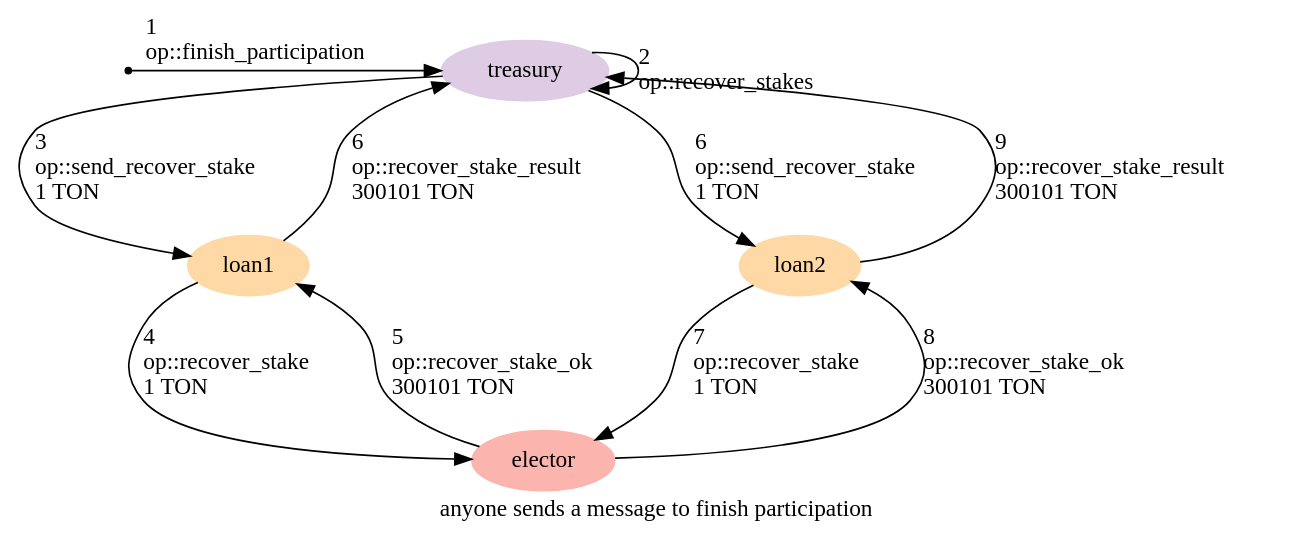
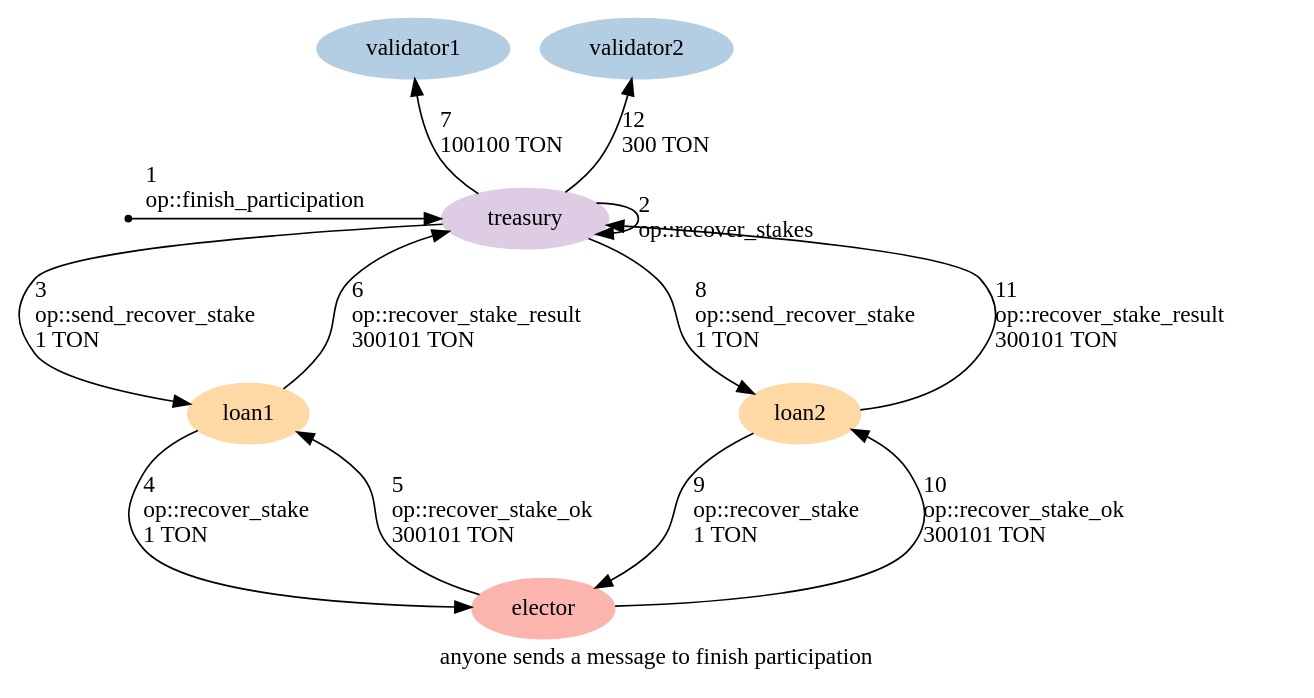
Before and after one commit to HipoFinance/contract: the diagram in graphs/09-finish-participation.dot, drawn with Graphviz. The commit also changed 1 other file, not shown here.

Commit message:
Improve loan graphs

```diff
--- a/graphs/09-finish-participation.dot
+++ b/graphs/09-finish-participation.dot
@@ -1,26 +1,30 @@
 digraph {
     label="anyone sends a message to finish participation"
     node [ colorscheme=pastel19 style=filled ]
 
     /* Entities */
     external [ shape=point ]
     treasury [ color=4 ]
     loan1, loan2 [ color=5 ]
     elector [ color=1 ]
+    validator1, validator2 [ color=2 ]
 
     /* Relationships */
     external -> treasury [ label="1\l op::finish_participation\l" ]
     treasury -> treasury [ label="2\l op::recover_stakes\l" ]
     treasury -> loan1 [ label="3\l op::send_recover_stake\l 1 TON\l" ]
     loan1 -> elector [ label="4\l op::recover_stake\l 1 TON\l" ]
     elector -> loan1 [ label="5\l op::recover_stake_ok\l 300101 TON\l" ]
     loan1 -> treasury [ label="6\l op::recover_stake_result\l 300101 TON\l" ]
-    treasury -> loan2 [ label="6\l op::send_recover_stake\l 1 TON\l" ]
-    loan2 -> elector [ label="7\l op::recover_stake\l 1 TON\l" ]
-    elector -> loan2 [ label="8\l op::recover_stake_ok\l 300101 TON\l" ]
-    loan2 -> treasury [ label="9\l op::recover_stake_result\l 300101 TON\l"]
+    treasury -> validator1 [ label="7\l 100100 TON\l" ]
+    treasury -> loan2 [ label="8\l op::send_recover_stake\l 1 TON\l" ]
+    loan2 -> elector [ label="9\l op::recover_stake\l 1 TON\l" ]
+    elector -> loan2 [ label="10\l op::recover_stake_ok\l 300101 TON\l" ]
+    loan2 -> treasury [ label="11\l op::recover_stake_result\l 300101 TON\l"]
+    treasury -> validator2 [ label="12\l 300 TON\l" ]
 
     /* Ranks */
-    { rank=min external treasury }
+    { rank=min validator1 validator2 }
+    { rank=same external treasury }
     { rank=max elector }
 }
```
